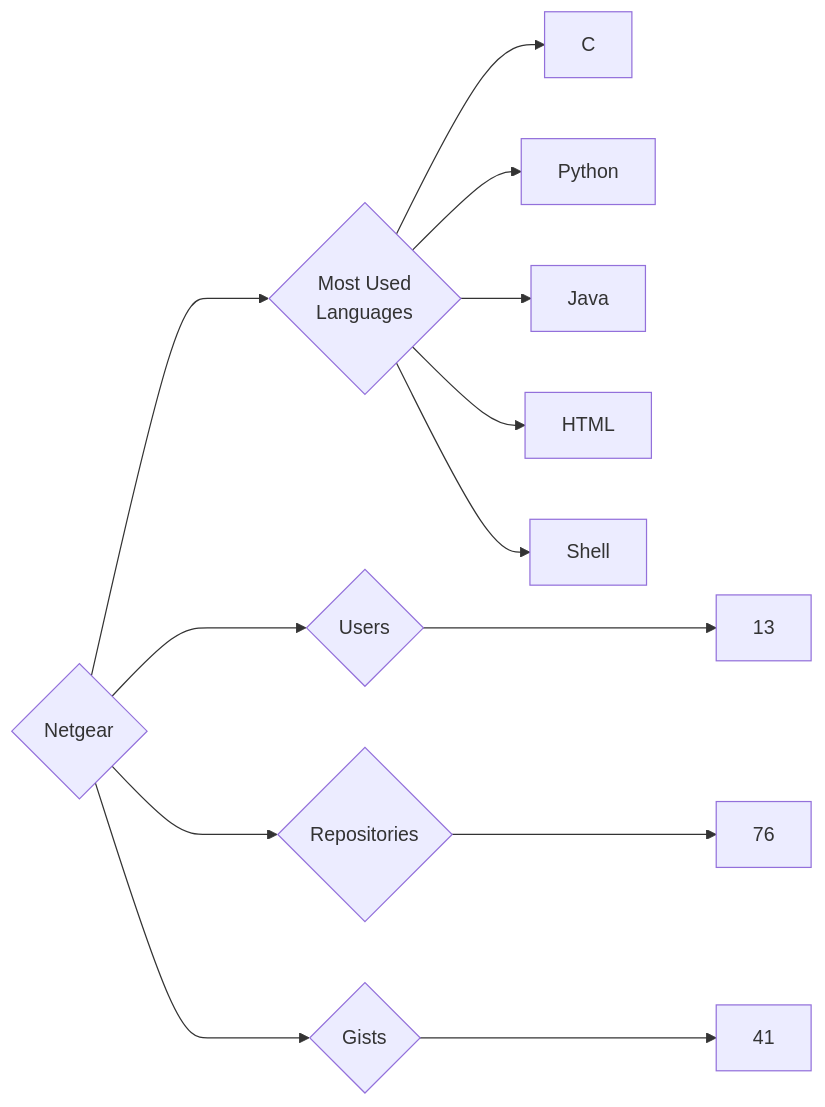
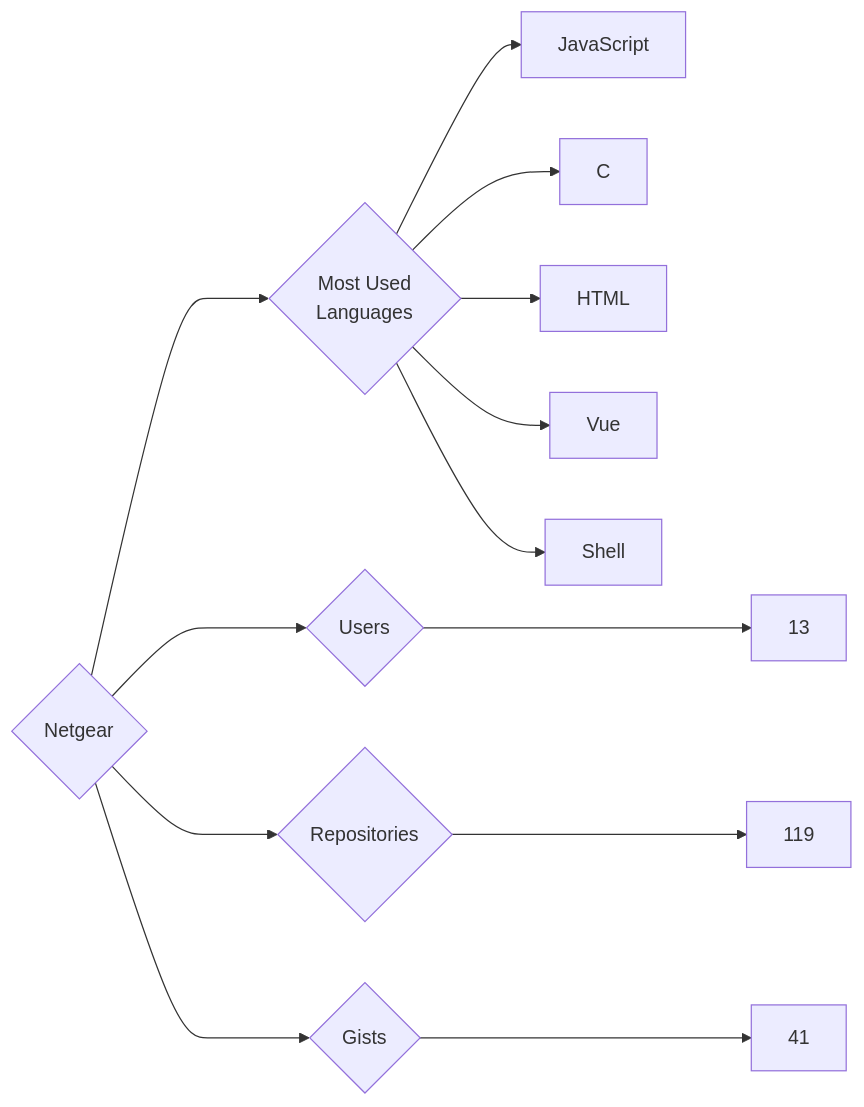
One commit to trickest/insiders changed the diagram in targets/Netgear/README.md. Above: the diagram before and after it, drawn with Mermaid. The commit also changed 973 other files, not shown here.

````diff
--- a/targets/Netgear/README.md
+++ b/targets/Netgear/README.md
@@ -3,13 +3,13 @@
 ```mermaid
 graph LR
 COMPANY_NAME{Netgear}
 COMPANY_NAME ---> U{Users} ---> UN[13]
-COMPANY_NAME ---> R{Repositories} ---> RN[76]
+COMPANY_NAME ---> R{Repositories} ---> RN[119]
 COMPANY_NAME ---> G{Gists} ---> GN[41]
 COMPANY_NAME ---> ML{Most Used<br>Languages}
+ML --> JavaScript[JavaScript]
 ML --> C[C]
-ML --> Python[Python]
-ML --> Java[Java]
 ML --> HTML[HTML]
+ML --> Vue[Vue]
 ML --> Shell[Shell]
 ```
````
